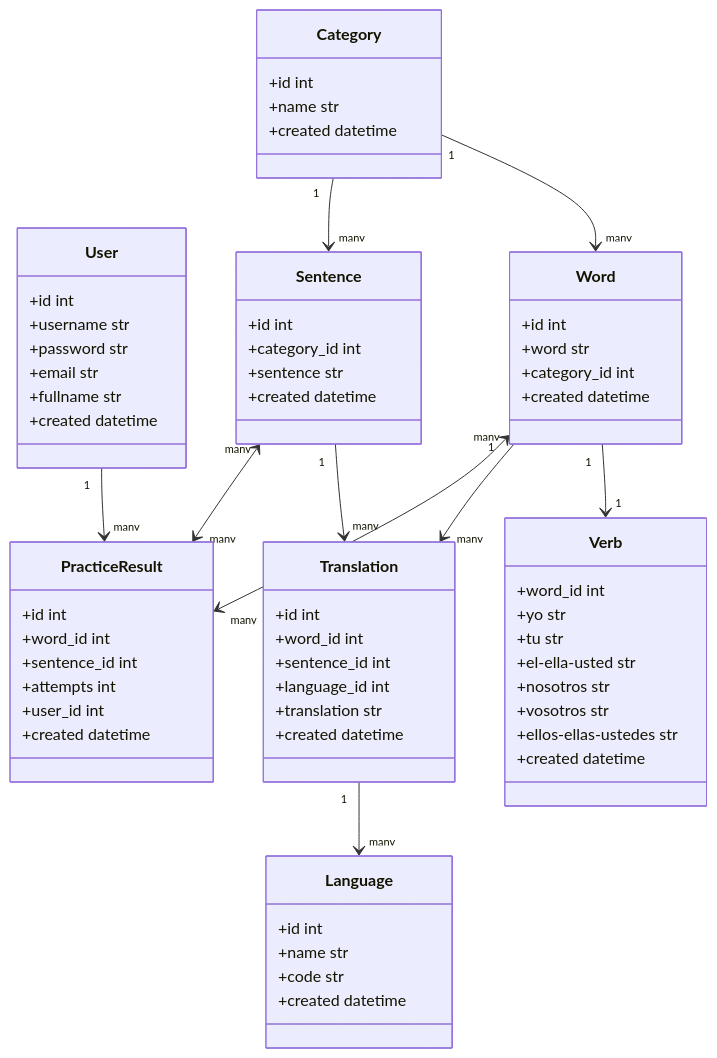
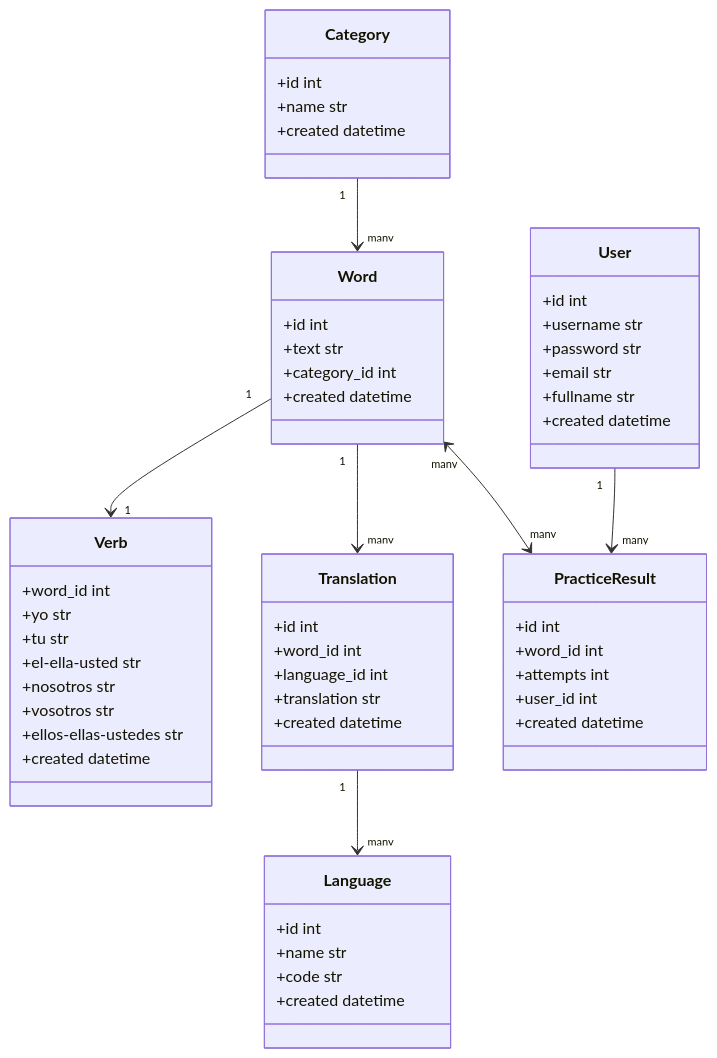
The diagram in README.md (omaraljazairy/spanglish-api), drawn with Mermaid before and after one commit. The commit also changed other lines of this file and 9 other files, not shown here.

Commit message:
removed the sentence and adjusted the word to have a text field representing a word and sentence. modified the model and the crud, schema, router and test

````diff
--- a/README.md
+++ b/README.md
@@ -15,71 +15,60 @@
 ```mermaid
 classDiagram
     class User
     User: +id int
     User: +username str
     User: +password str
     User: +email str
     User: +fullname str
     User: +created datetime
 
     class Language
     Language: +id int
     Language: +name str
     Language: +code str
     Language: +created datetime
 
     class Category
     Category: +id int
     Category: +name str
     Category: +created datetime
 
     class Word
     Word: +id int
-    Word: +word str
+    Word: +text str
     Word: +category_id int
     Word: +created datetime
 
     class Verb
     Verb: +word_id int
     Verb: +yo str
     Verb: +tu str
     Verb: +el-ella-usted str
     Verb: +nosotros str
     Verb: +vosotros str
     Verb: +ellos-ellas-ustedes str
     Verb: +created datetime
-
-    class Sentence
-    Sentence: +id int
-    Sentence: +category_id int
-    Sentence: +sentence str
-    Sentence: +created datetime
     
     class Translation
     Translation: +id int
     Translation: +word_id int
-    Translation: +sentence_id int
     Translation: +language_id int
     Translation: +translation str
     Translation: +created datetime
 
     class PracticeResult
     PracticeResult: +id int
     PracticeResult: +word_id int
-    PracticeResult: +sentence_id int
     PracticeResult: +attempts int
     PracticeResult: +user_id int
     PracticeResult: +created datetime
 
 
     Category "1" --> "many" Word
-    Category "1" --> "many" Sentence
     Word "1" --> "1" Verb
     Translation "1" --> "many" Language
     Word "1" --> "many" Translation
-    Sentence "1" --> "many" Translation
     User "1" --> "many" PracticeResult
     Word "many" <--> "many" PracticeResult
-    Sentence "many" <--> "many" PracticeResult
 
 ```
````
